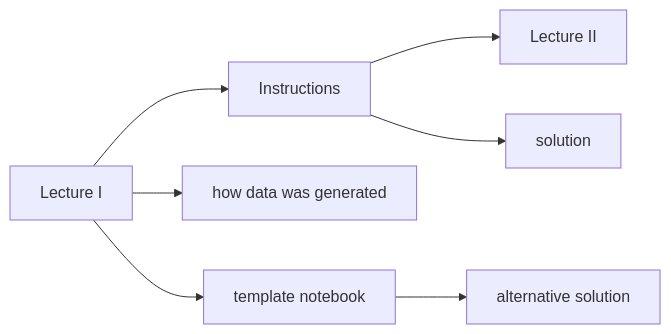
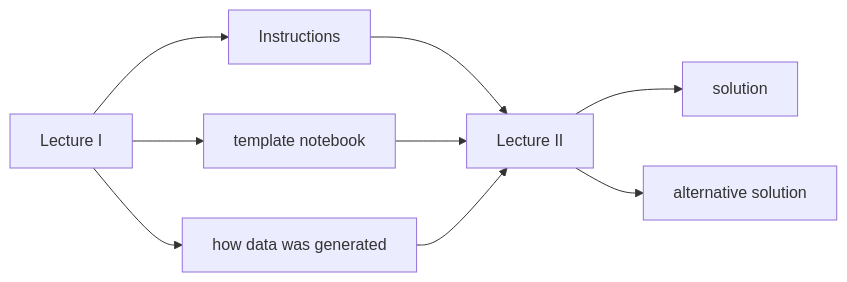
One commit to plumed/masterclass-21-2 changed the diagram in NAVIGATION.md. Above: the diagram before and after it, drawn with Mermaid.

````diff
--- a/NAVIGATION.md
+++ b/NAVIGATION.md
@@ -1,18 +1,20 @@
 ```mermaid
 flowchart LR
 A[Lecture I] --> B[Instructions]
 A --> G[how data was generated]
 A --> C[template notebook]
 B --> D[Lecture II]
-B --> E[solution]
-C --> F[alternative solution]
+C --> D
+G --> D
+D --> E[solution]
+D --> F[alternative solution]
 click A "video 1" "A lecture that was given on February 1st 2021 as part of the plumed masterclass series that introduces you to the exercises in this lesson"
 click B "README" "The instructions for the exercises"
 click G "notebooks/gendata.ipynb" "A python notebook that shows how the data sets in the files uncorrelated_data, correlated_data and weighted data that are all used in the exericses was generated"
 click C "notebooks/template.ipynb" "A python notebook file that explains how you can work on the exercises from a python notebook.  Advice on running PLUMED from a notebook and on plotting the data that is generated is given.
 "
 click D "video 2" "A lecture that was given on February 8th 2021 as part of the plumed masterclass series that goes through the solutions to the exercises in the lesson"
 click E "notebooks/solution.ipynb" "A python notebook file that provides a complete set of solutions to the exercises"
 click F "notebooks/answers_notebook.ipynb" "A second python notebook file that contains solutions to the exercises.  In this notebook a different method has been used to generate the figures showing the final free energy surfaces.
 "
 ```
````
